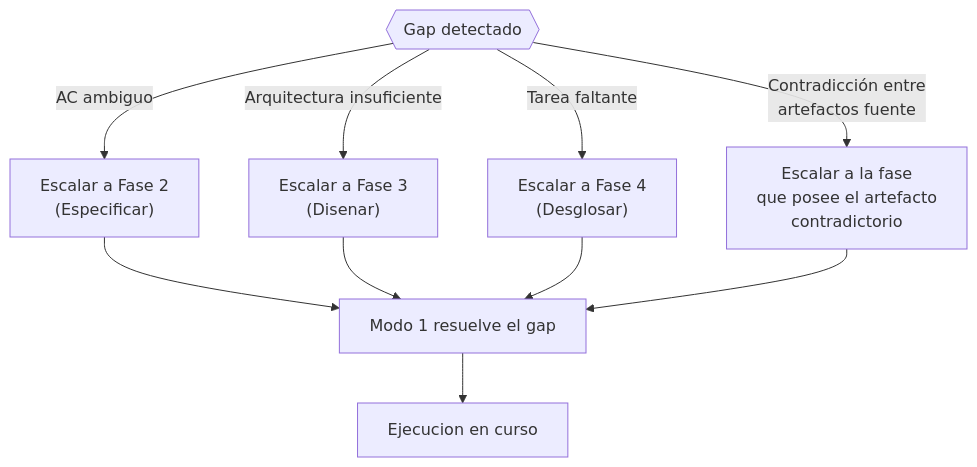
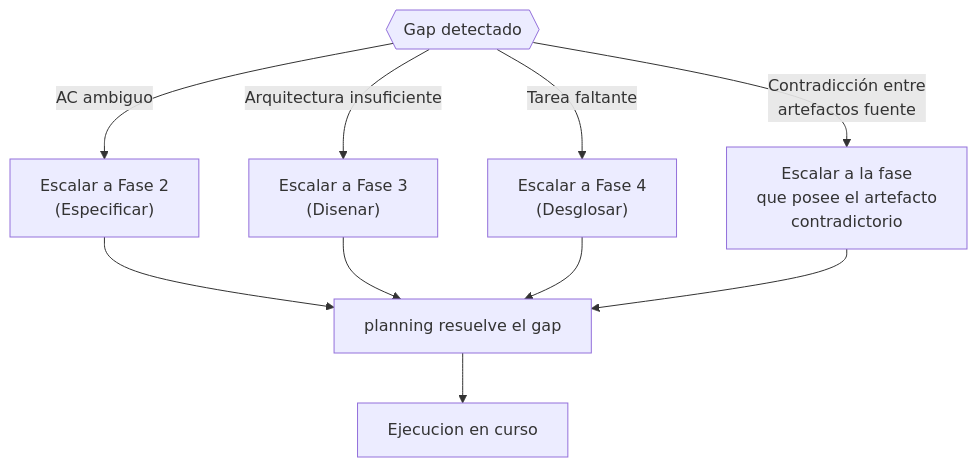
The third of 6 diagrams in docs/execution/README.md (virgenherrera/idea-to-mvp), drawn with Mermaid before and after one commit. The commit also changed other lines of this file and 30 other files, not shown here.

````diff
--- a/docs/execution/README.md
+++ b/docs/execution/README.md
@@ -110,17 +124,17 @@
 ```mermaid
 flowchart TD
     EXEC["Ejecucion en curso"]
     GAP{{"Gap detectado"}}
 
     GAP -->|"AC ambiguo"| SPEC["Escalar a Fase 2\n(Especificar)"]
     GAP -->|"Arquitectura insuficiente"| DESIGN["Escalar a Fase 3\n(Disenar)"]
     GAP -->|"Tarea faltante"| TASKS["Escalar a Fase 4\n(Desglosar)"]
     GAP -->|"Contradicción entre\nartefactos fuente"| SOURCE["Escalar a la fase\nque posee el artefacto\ncontradictorio"]
 
-    SPEC --> RESOLVE["Modo 1 resuelve el gap"]
+    SPEC --> RESOLVE["planning resuelve el gap"]
     DESIGN --> RESOLVE
     TASKS --> RESOLVE
     SOURCE --> RESOLVE
 
     RESOLVE --> EXEC
 ```
````
